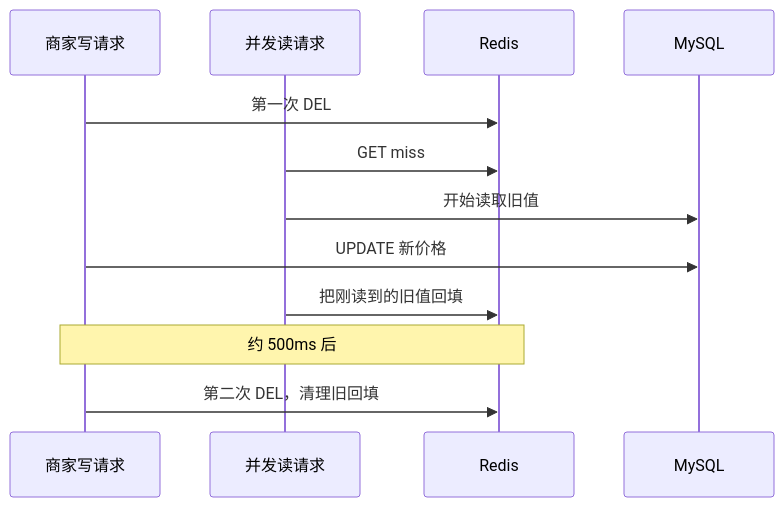
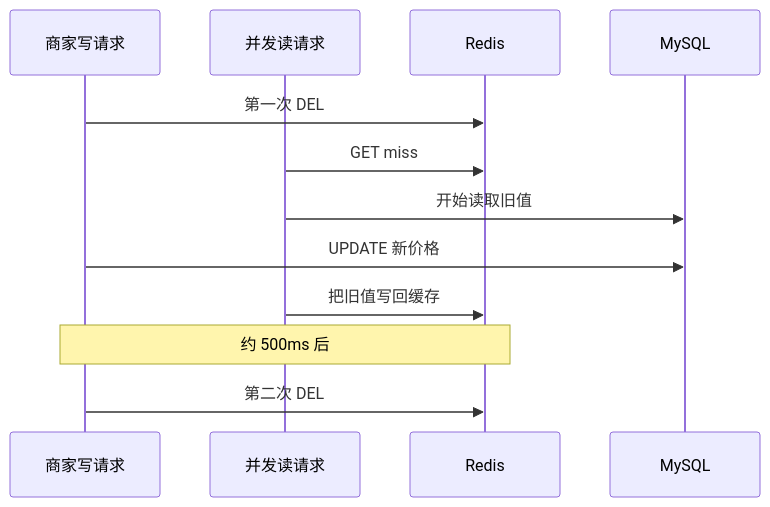
The third of 3 diagrams in docs/lecture/02-product-display.md (RedInn7/gomall), drawn with Mermaid before and after one commit. The commit also changed other lines of this file, not shown here.

````diff
--- a/docs/lecture/02-product-display.md
+++ b/docs/lecture/02-product-display.md
@@ -294,15 +278,15 @@
 ```mermaid
 sequenceDiagram
     participant W as 商家写请求
     participant Q as 并发读请求
     participant R as Redis
     participant D as MySQL
 
     W->>R: 第一次 DEL
     Q->>R: GET miss
     Q->>D: 开始读取旧值
     W->>D: UPDATE 新价格
-    Q->>R: 把刚读到的旧值回填
+    Q->>R: 把旧值写回缓存
     Note over W,R: 约 500ms 后
-    W->>R: 第二次 DEL，清理旧回填
+    W->>R: 第二次 DEL
 ```
````
